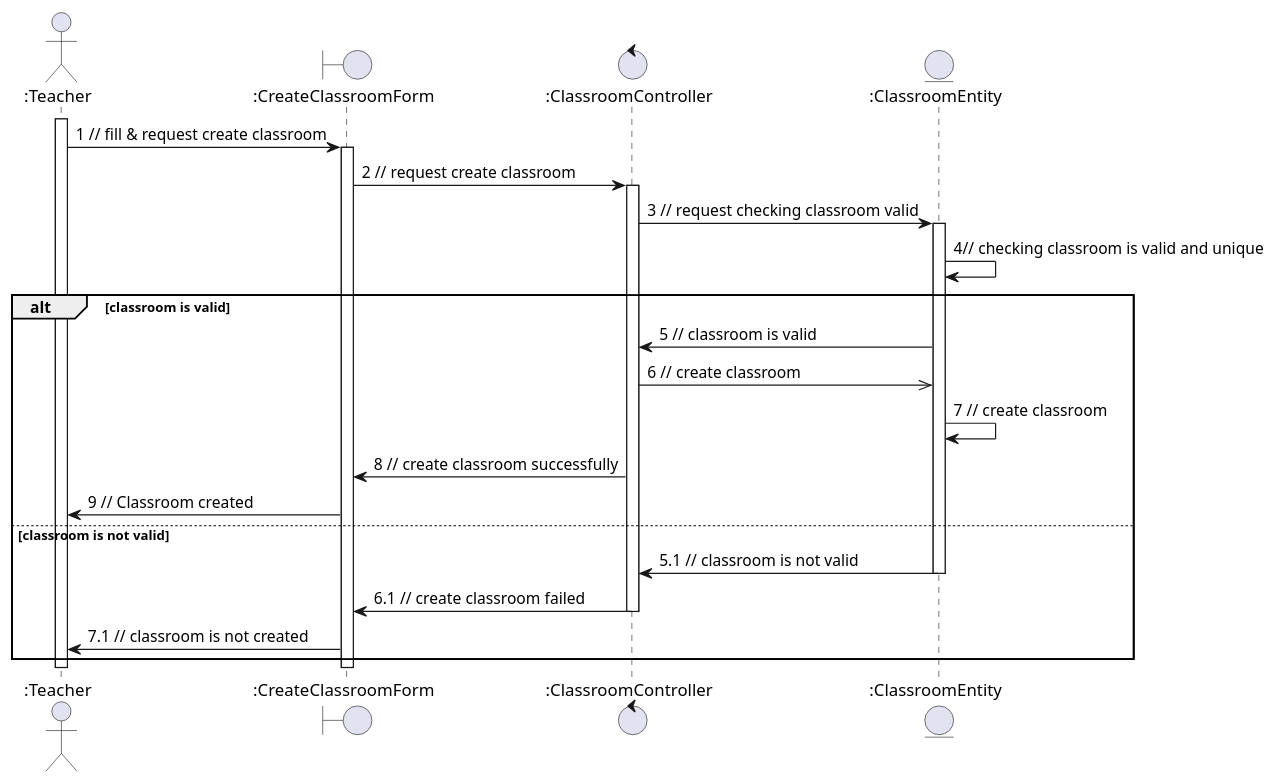
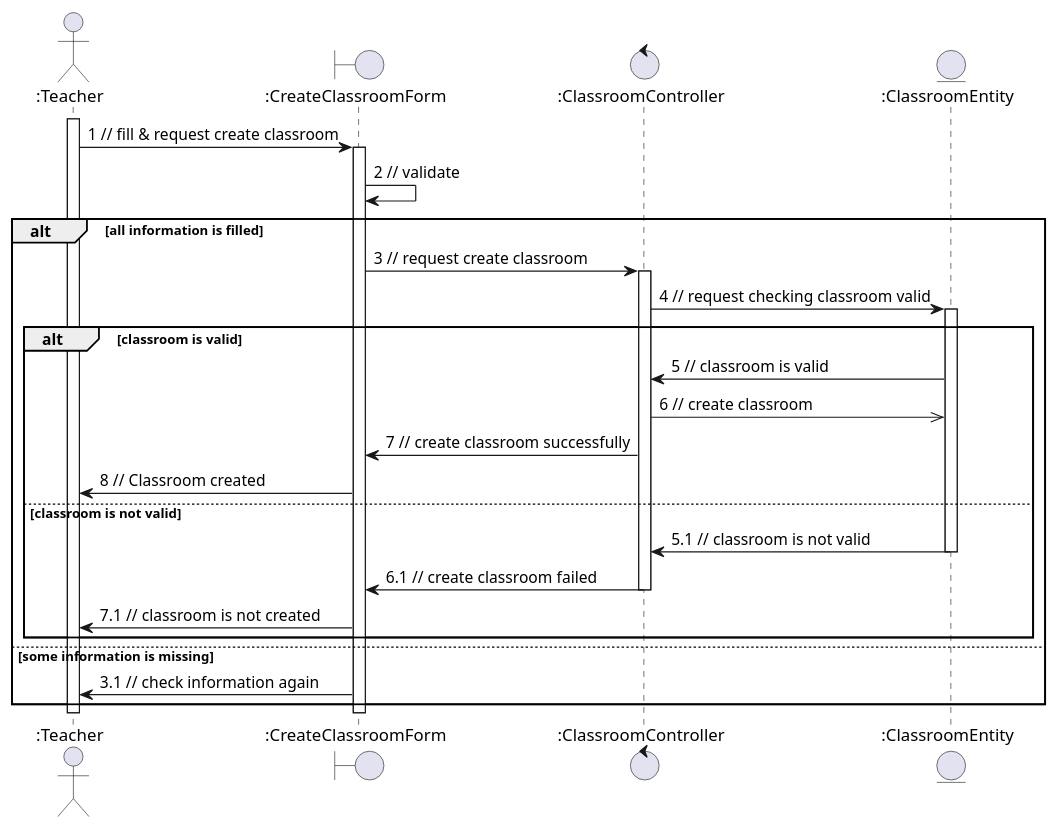
The diagram in sequence - analaysis/classroom/createClass.plantuml (anonyhostvn/OOAD-Diagram), drawn with PlantUML before and after one commit. The commit also changed 3 other files, not shown here.

```diff
--- a/sequence - analaysis/classroom/createClass.plantuml
+++ b/sequence - analaysis/classroom/createClass.plantuml
@@ -1,33 +1,36 @@
 @startuml createClass
 
 actor ":Teacher"
 boundary ":CreateClassroomForm"
 control ":ClassroomController"
 entity ":ClassroomEntity"
 
 activate ":Teacher"
 ":Teacher" -> ":CreateClassroomForm": 1 // fill & request create classroom
 activate ":CreateClassroomForm"
-":CreateClassroomForm" -> ":ClassroomController": 2 // request create classroom
-activate ":ClassroomController"
-":ClassroomController" -> ":ClassroomEntity": 3 // request checking classroom valid
-activate ":ClassroomEntity"
-":ClassroomEntity" -> ":ClassroomEntity": 4// checking classroom is valid and unique
-alt classroom is valid
-    ":ClassroomEntity" -> ":ClassroomController": 5 // classroom is valid
-    ":ClassroomController" ->> ":ClassroomEntity": 6 // create classroom
-    ":ClassroomEntity" -> ":ClassroomEntity": 7 // create classroom
-    ":ClassroomController" -> ":CreateClassroomForm": 8 // create classroom successfully
-    ":CreateClassroomForm" -> ":Teacher": 9 // Classroom created
-else classroom is not valid
-    ":ClassroomEntity" -> ":ClassroomController": 5.1 // classroom is not valid
-    deactivate ":ClassroomEntity"
-    ":ClassroomController" -> ":CreateClassroomForm": 6.1 // create classroom failed
-    deactivate ":ClassroomController"
-    ":CreateClassroomForm" -> ":Teacher": 7.1 // classroom is not created
+":CreateClassroomForm" -> ":CreateClassroomForm": 2 // validate
+alt all information is filled
+    ":CreateClassroomForm" -> ":ClassroomController": 3 // request create classroom
+    activate ":ClassroomController"
+    ":ClassroomController" -> ":ClassroomEntity": 4 // request checking classroom valid
+    activate ":ClassroomEntity"
+    alt classroom is valid
+        ":ClassroomEntity" -> ":ClassroomController": 5 // classroom is valid
+        ":ClassroomController" ->> ":ClassroomEntity": 6 // create classroom
+        ":ClassroomController" -> ":CreateClassroomForm": 7 // create classroom successfully
+        ":CreateClassroomForm" -> ":Teacher": 8 // Classroom created
+    else classroom is not valid
+        ":ClassroomEntity" -> ":ClassroomController": 5.1 // classroom is not valid
+        deactivate ":ClassroomEntity"
+        ":ClassroomController" -> ":CreateClassroomForm": 6.1 // create classroom failed
+        deactivate ":ClassroomController"
+        ":CreateClassroomForm" -> ":Teacher": 7.1 // classroom is not created
+    end
+else some information is missing
+    ":CreateClassroomForm" -> ":Teacher": 3.1 // check information again
 end
 
 deactivate ":CreateClassroomForm"
 deactivate ":Teacher"
 
 @enduml
```
